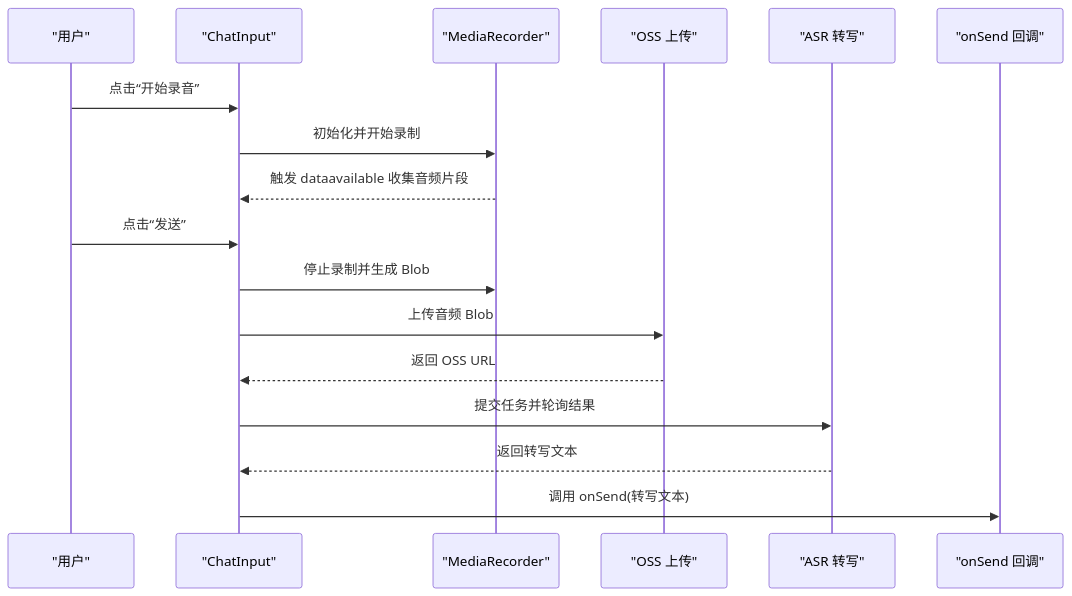
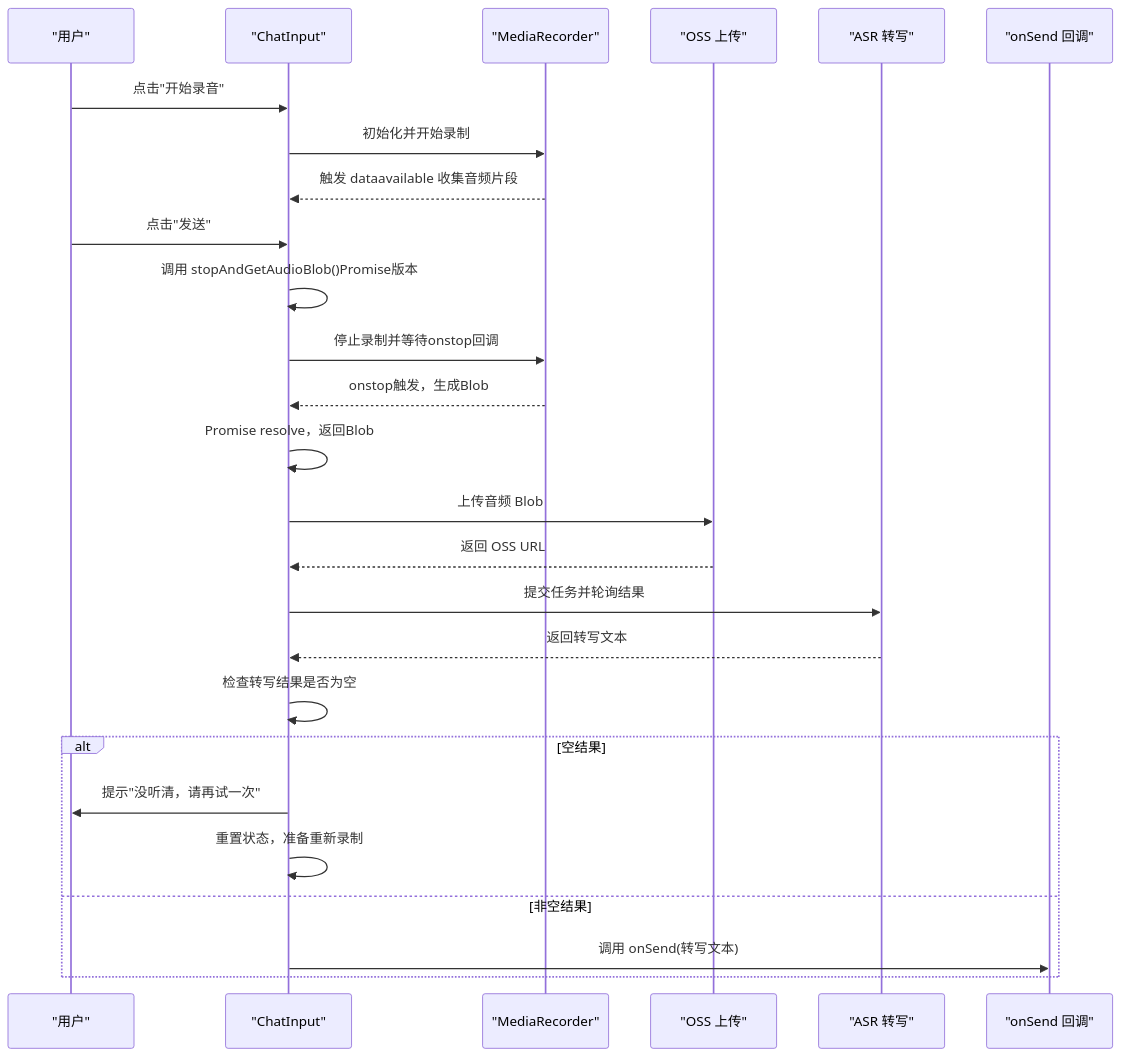
The fourth of 5 diagrams in .qoder/repowiki/zh/content/前端系统/聊天界面系统/聊天界面系统.md (hbxfhrg/deer-flow), drawn with Mermaid before and after one commit. The commit also changed other lines of this file and 18 other files, not shown here.

````diff
--- a/.qoder/repowiki/zh/content/前端系统/聊天界面系统/聊天界面系统.md
+++ b/.qoder/repowiki/zh/content/前端系统/聊天界面系统/聊天界面系统.md
@@ -159,19 +161,28 @@
 ```mermaid
 sequenceDiagram
 participant U as "用户"
 participant CI as "ChatInput"
 participant MR as "MediaRecorder"
 participant OSS as "OSS 上传"
 participant ASR as "ASR 转写"
 participant CB as "onSend 回调"
-U->>CI : 点击“开始录音”
+U->>CI : 点击"开始录音"
 CI->>MR : 初始化并开始录制
 MR-->>CI : 触发 dataavailable 收集音频片段
-U->>CI : 点击“发送”
-CI->>MR : 停止录制并生成 Blob
+U->>CI : 点击"发送"
+CI->>CI : 调用 stopAndGetAudioBlob()Promise版本
+CI->>MR : 停止录制并等待onstop回调
+MR-->>CI : onstop触发，生成Blob
+CI->>CI : Promise resolve，返回Blob
 CI->>OSS : 上传音频 Blob
 OSS-->>CI : 返回 OSS URL
 CI->>ASR : 提交任务并轮询结果
 ASR-->>CI : 返回转写文本
+CI->>CI : 检查转写结果是否为空
+alt 空结果
+CI->>U : 提示"没听清，请再试一次"
+CI->>CI : 重置状态，准备重新录制
+else 非空结果
 CI->>CB : 调用 onSend(转写文本)
+end
 ```
````
